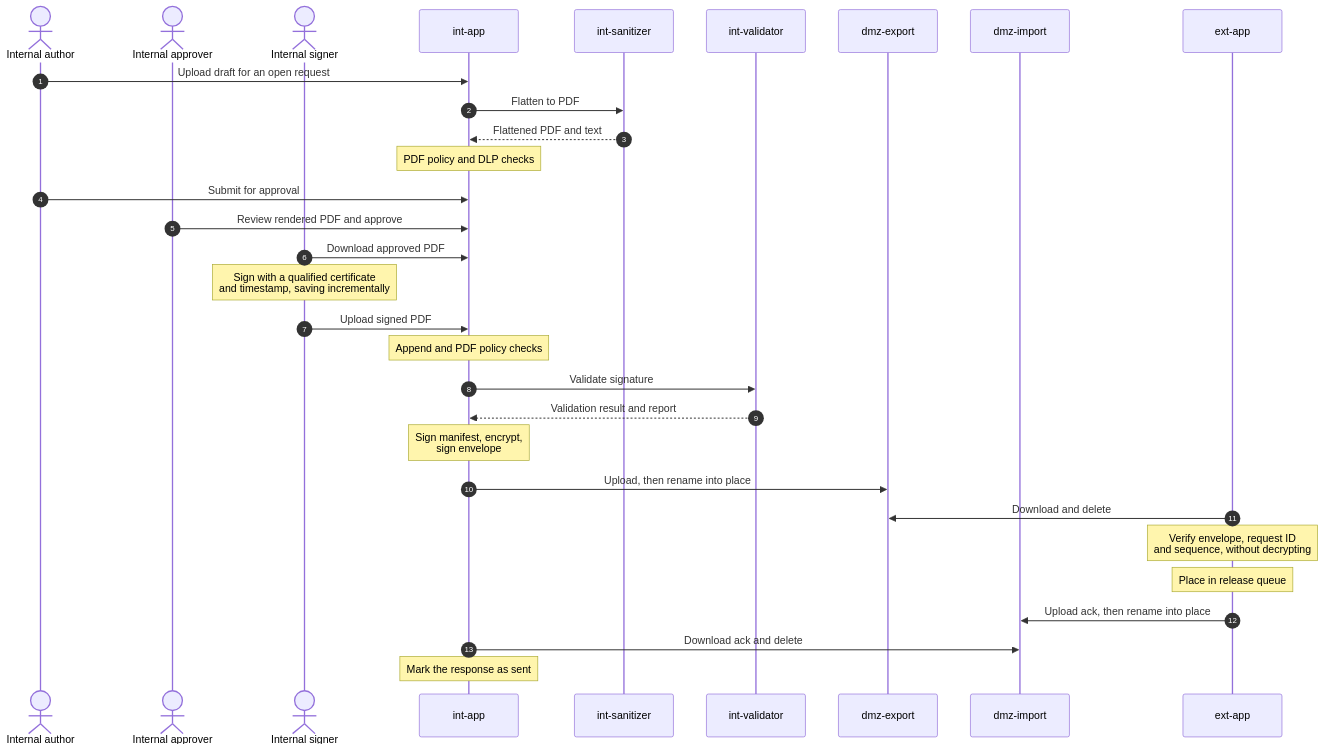
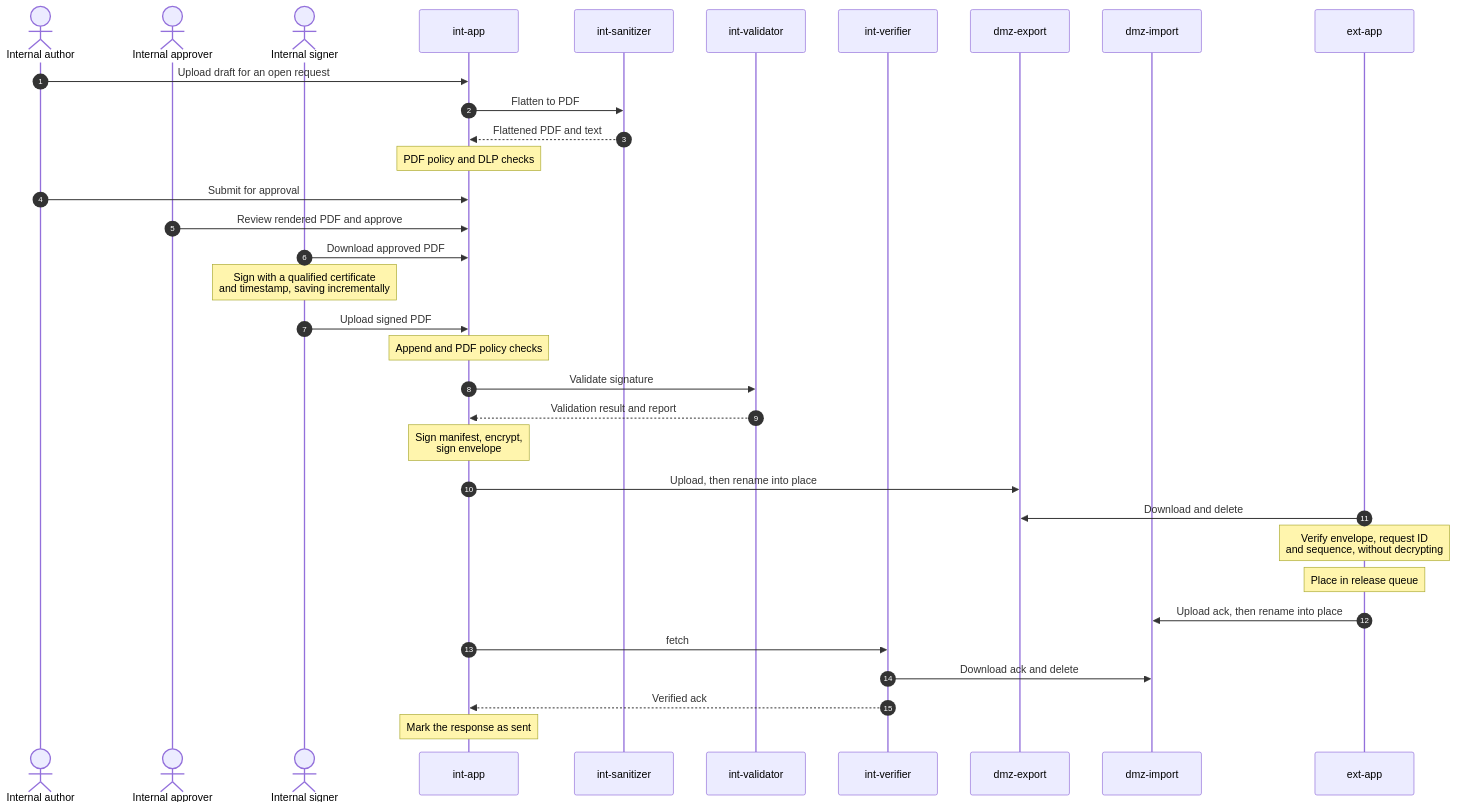
Before and after one commit to tgivslife/dxg-document-gateway: the sixth of 8 diagrams in document-exchange-mvp-technical-documentation.md, drawn with Mermaid. The commit also changed other lines of this file and 3 other files, not shown here.

````diff
--- a/document-exchange-mvp-technical-documentation.md
+++ b/document-exchange-mvp-technical-documentation.md
@@ -434,37 +446,40 @@
 ```mermaid
 sequenceDiagram
     accDescr: Sequence of the response flow from author to release queue
     %% Each arrow points from the side that opens the connection.
     %% Dashed arrows are replies on the same connection.
     autonumber
     actor AU as Internal author
     actor AP as Internal approver
     actor SI as Internal signer
     participant IC as int-app
     participant IS as int-sanitizer
     participant IV as int-validator
+    participant IVF as int-verifier
     participant DE as dmz-export
     participant DI as dmz-import
     participant EC as ext-app
 
     AU->>IC: Upload draft for an open request
     IC->>IS: Flatten to PDF
     IS-->>IC: Flattened PDF and text
     Note over IC: PDF policy and DLP checks
     AU->>IC: Submit for approval
     AP->>IC: Review rendered PDF and approve
     SI->>IC: Download approved PDF
     Note over SI: Sign with a qualified certificate<br/>and timestamp, saving incrementally
     SI->>IC: Upload signed PDF
     Note over IC: Append and PDF policy checks
     IC->>IV: Validate signature
     IV-->>IC: Validation result and report
     Note over IC: Sign manifest, encrypt,<br/>sign envelope
     IC->>DE: Upload, then rename into place
     EC->>DE: Download and delete
     Note over EC: Verify envelope, request ID<br/>and sequence, without decrypting
     Note over EC: Place in release queue
     EC->>DI: Upload ack, then rename into place
-    IC->>DI: Download ack and delete
+    IC->>IVF: fetch
+    IVF->>DI: Download ack and delete
+    IVF-->>IC: Verified ack
     Note over IC: Mark the response as sent
 ```
````
